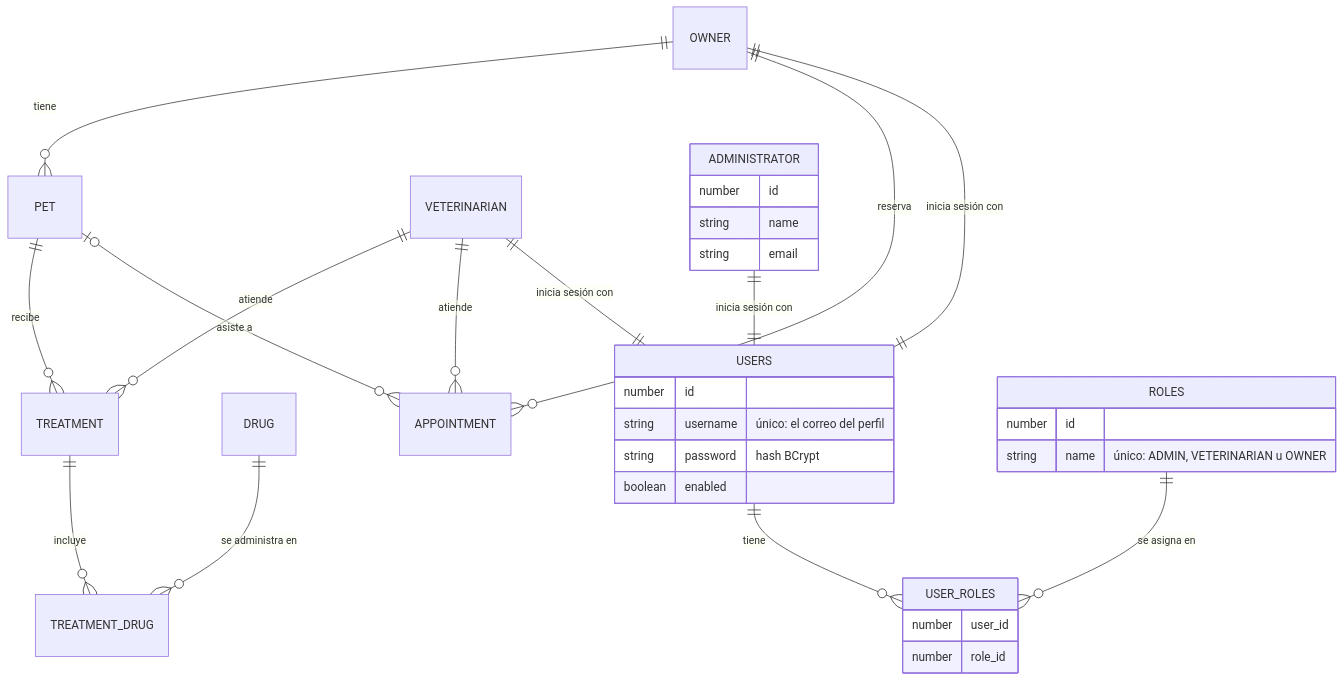
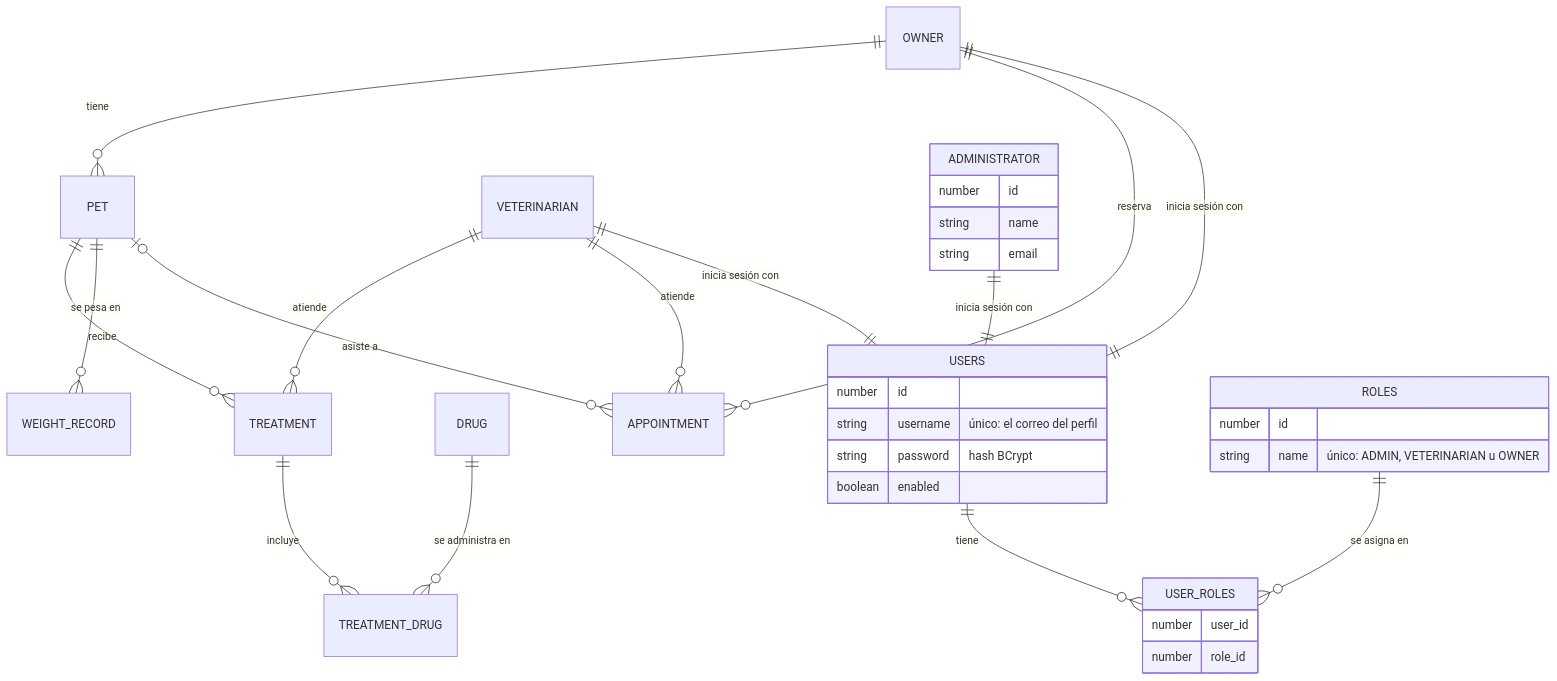
The diagram in docs/api/API.md (JoythDev/pethaven), drawn with Mermaid before and after one commit. The commit also changed other lines of this file and 17 other files, not shown here.

First line of the commit message:
feat(pets): record a weight history and expose it per pet

````diff
--- a/docs/api/API.md
+++ b/docs/api/API.md
@@ -353,35 +353,36 @@
 ```mermaid
 erDiagram
     OWNER ||--o{ PET : "tiene"
     PET ||--o{ TREATMENT : "recibe"
+    PET ||--o{ WEIGHT_RECORD : "se pesa en"
     VETERINARIAN ||--o{ TREATMENT : "atiende"
     TREATMENT ||--o{ TREATMENT_DRUG : "incluye"
     DRUG ||--o{ TREATMENT_DRUG : "se administra en"
     OWNER ||--o{ APPOINTMENT : "reserva"
     PET |o--o{ APPOINTMENT : "asiste a"
     VETERINARIAN ||--o{ APPOINTMENT : "atiende"
     OWNER ||--|| USERS : "inicia sesión con"
     VETERINARIAN ||--|| USERS : "inicia sesión con"
     ADMINISTRATOR ||--|| USERS : "inicia sesión con"
     USERS ||--o{ USER_ROLES : "tiene"
     ROLES ||--o{ USER_ROLES : "se asigna en"
     ADMINISTRATOR {
         number id
         string name
         string email
     }
     USERS {
         number id
         string username "único: el correo del perfil"
         string password "hash BCrypt"
         boolean enabled
     }
     ROLES {
         number id
         string name "único: ADMIN, VETERINARIAN u OWNER"
     }
     USER_ROLES {
         number user_id
         number role_id
     }
 ```
````
